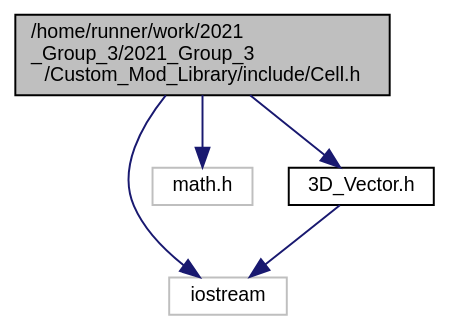
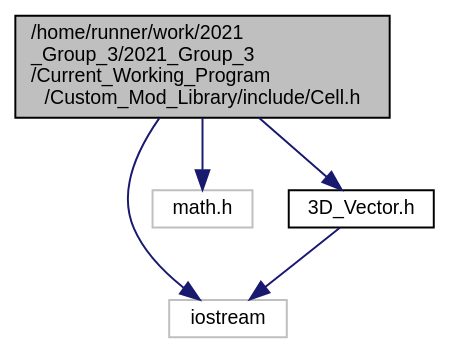
One commit to ejagombar/2021_Group_3 changed the diagram in _cell_8h__incl.dot. Above: the diagram before and after it, drawn with Graphviz. The commit also changed 69 other files, not shown here.

```diff
--- a/_cell_8h__incl.dot
+++ b/_cell_8h__incl.dot
@@ -1,15 +1,15 @@
-digraph "/home/runner/work/2021_Group_3/2021_Group_3/Custom_Mod_Library/include/Cell.h"
+digraph "/home/runner/work/2021_Group_3/2021_Group_3/Current_Working_Program/Custom_Mod_Library/include/Cell.h"
 {
  // LATEX_PDF_SIZE
   bgcolor="transparent";
   edge [fontname="Helvetica",fontsize="10",labelfontname="Helvetica",labelfontsize="10"];
   node [fontname="Helvetica",fontsize="10",shape=record];
-  Node1 [label="/home/runner/work/2021\l_Group_3/2021_Group_3\l/Custom_Mod_Library/include/Cell.h",height=0.2,width=0.4,color="black", fillcolor="grey75", style="filled", fontcolor="black",tooltip="Cell class used to store Cell shapes that make up a model."];
+  Node1 [label="/home/runner/work/2021\l_Group_3/2021_Group_3\l/Current_Working_Program\l/Custom_Mod_Library/include/Cell.h",height=0.2,width=0.4,color="black", fillcolor="grey75", style="filled", fontcolor="black",tooltip="Class used to store Cell shapes that make up a model."];
   Node1 -> Node2 [color="midnightblue",fontsize="10",style="solid",fontname="Helvetica"];
   Node2 [label="iostream",height=0.2,width=0.4,color="grey75",tooltip=" "];
   Node1 -> Node3 [color="midnightblue",fontsize="10",style="solid",fontname="Helvetica"];
   Node3 [label="math.h",height=0.2,width=0.4,color="grey75",tooltip=" "];
   Node1 -> Node4 [color="midnightblue",fontsize="10",style="solid",fontname="Helvetica"];
   Node4 [label="3D_Vector.h",height=0.2,width=0.4,color="black",URL="$3_d___vector_8h.html",tooltip="Class used to store 3D Vector points for the Model class."];
   Node4 -> Node2 [color="midnightblue",fontsize="10",style="solid",fontname="Helvetica"];
 }
```
